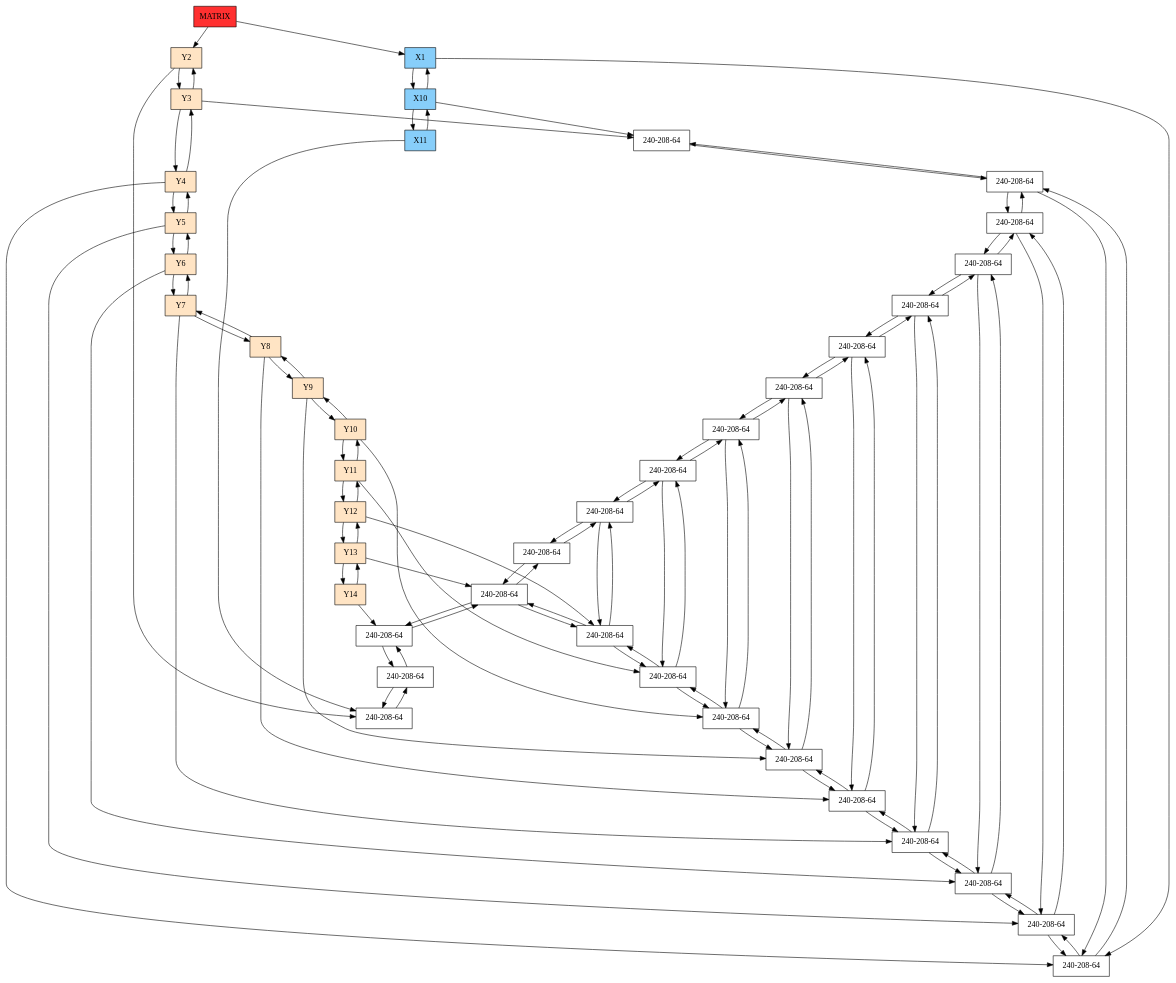
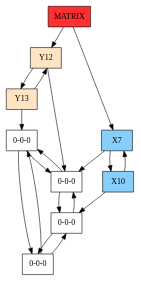
The diagram in DOT-Images/Dispersa4.dot (LuisRivera96/Proyecto1_EDD_USAC), drawn with Graphviz before and after one commit. The commit also changed 22 other files, not shown here.

```diff
--- a/DOT-Images/Dispersa4.dot
+++ b/DOT-Images/Dispersa4.dot
@@ -1,109 +1,25 @@
 digraph DISPERSA{
 node[shape=box];
 graph[nodesep = 0.5];
 header[label="MATRIX" style=filled, fillcolor=firebrick1, pos="0,0!"];
-Y2[label="Y2"  style = filled, fillcolor = bisque1, pos="0,-2!"];
-Y3[label="Y3"  style = filled, fillcolor = bisque1, pos="0,-3!"];
-Y4[label="Y4"  style = filled, fillcolor = bisque1, pos="0,-4!"];
-Y5[label="Y5"  style = filled, fillcolor = bisque1, pos="0,-5!"];
-Y6[label="Y6"  style = filled, fillcolor = bisque1, pos="0,-6!"];
-Y7[label="Y7"  style = filled, fillcolor = bisque1, pos="0,-7!"];
-Y8[label="Y8"  style = filled, fillcolor = bisque1, pos="0,-8!"];
-Y9[label="Y9"  style = filled, fillcolor = bisque1, pos="0,-9!"];
-Y10[label="Y10"  style = filled, fillcolor = bisque1, pos="0,-10!"];
-Y11[label="Y11"  style = filled, fillcolor = bisque1, pos="0,-11!"];
 Y12[label="Y12"  style = filled, fillcolor = bisque1, pos="0,-12!"];
 Y13[label="Y13"  style = filled, fillcolor = bisque1, pos="0,-13!"];
-Y14[label="Y14"  style = filled, fillcolor = bisque1, pos="0,-14!"];
-X1[label="X1" style=filled, fillcolor=lightskyblue, pos="1,0!"];
+X7[label="X7" style=filled, fillcolor=lightskyblue, pos="7,0!"];
 X10[label="X10" style=filled, fillcolor=lightskyblue, pos="10,0!"];
-X11[label="X11" style=filled, fillcolor=lightskyblue, pos="11,0!"];
-header ->Y2;
-header ->X1;
-Y2 -> Y3 -> Y2;
-Y3 -> Y4 -> Y3;
-Y4 -> Y5 -> Y4;
-Y5 -> Y6 -> Y5;
-Y6 -> Y7 -> Y6;
-Y7 -> Y8 -> Y7;
-Y8 -> Y9 -> Y8;
-Y9 -> Y10 -> Y9;
-Y10 -> Y11 -> Y10;
-Y11 -> Y12 -> Y11;
+header ->Y12;
+header ->X7;
 Y12 -> Y13 -> Y12;
-Y13 -> Y14 -> Y13;
-X1 -> X10 -> X1;
-X10 -> X11 -> X10;
-X11Y2[label="240-208-64" pos="11,-2!"];
-X10Y3[label="240-208-64" pos="10,-3!"];
-X1Y4[label="240-208-64" pos="1,-4!"];
-X10Y4[label="240-208-64" pos="10,-4!"];
-X1Y5[label="240-208-64" pos="1,-5!"];
-X10Y5[label="240-208-64" pos="10,-5!"];
-X1Y6[label="240-208-64" pos="1,-6!"];
-X10Y6[label="240-208-64" pos="10,-6!"];
-X1Y7[label="240-208-64" pos="1,-7!"];
-X10Y7[label="240-208-64" pos="10,-7!"];
-X1Y8[label="240-208-64" pos="1,-8!"];
-X10Y8[label="240-208-64" pos="10,-8!"];
-X1Y9[label="240-208-64" pos="1,-9!"];
-X10Y9[label="240-208-64" pos="10,-9!"];
-X1Y10[label="240-208-64" pos="1,-10!"];
-X10Y10[label="240-208-64" pos="10,-10!"];
-X1Y11[label="240-208-64" pos="1,-11!"];
-X10Y11[label="240-208-64" pos="10,-11!"];
-X1Y12[label="240-208-64" pos="1,-12!"];
-X10Y12[label="240-208-64" pos="10,-12!"];
-X1Y13[label="240-208-64" pos="1,-13!"];
-X10Y13[label="240-208-64" pos="10,-13!"];
-X1Y14[label="240-208-64" pos="1,-14!"];
-X11Y14[label="240-208-64" pos="11,-14!"];
-Y2 -> X11Y2;
-X1 -> X1Y4;
-X10 -> X10Y3;
-X11 -> X11Y2;
-X11Y2 -> X11Y14 -> X11Y2;
-Y3 -> X10Y3;
-X10Y3 -> X10Y4 -> X10Y3;
-Y4 -> X1Y4;
-X1Y4 -> X10Y4 -> X1Y4;
-X1Y4 -> X1Y5 -> X1Y4;
-X10Y4 -> X10Y5 -> X10Y4;
-Y5 -> X1Y5;
-X1Y5 -> X10Y5 -> X1Y5;
-X1Y5 -> X1Y6 -> X1Y5;
-X10Y5 -> X10Y6 -> X10Y5;
-Y6 -> X1Y6;
-X1Y6 -> X10Y6 -> X1Y6;
-X1Y6 -> X1Y7 -> X1Y6;
-X10Y6 -> X10Y7 -> X10Y6;
-Y7 -> X1Y7;
-X1Y7 -> X10Y7 -> X1Y7;
-X1Y7 -> X1Y8 -> X1Y7;
-X10Y7 -> X10Y8 -> X10Y7;
-Y8 -> X1Y8;
-X1Y8 -> X10Y8 -> X1Y8;
-X1Y8 -> X1Y9 -> X1Y8;
-X10Y8 -> X10Y9 -> X10Y8;
-Y9 -> X1Y9;
-X1Y9 -> X10Y9 -> X1Y9;
-X1Y9 -> X1Y10 -> X1Y9;
-X10Y9 -> X10Y10 -> X10Y9;
-Y10 -> X1Y10;
-X1Y10 -> X10Y10 -> X1Y10;
-X1Y10 -> X1Y11 -> X1Y10;
-X10Y10 -> X10Y11 -> X10Y10;
-Y11 -> X1Y11;
-X1Y11 -> X10Y11 -> X1Y11;
-X1Y11 -> X1Y12 -> X1Y11;
-X10Y11 -> X10Y12 -> X10Y11;
-Y12 -> X1Y12;
-X1Y12 -> X10Y12 -> X1Y12;
-X1Y12 -> X1Y13 -> X1Y12;
+X7 -> X10 -> X7;
+X7Y12[label="0-0-0" pos="7,-12!"];
+X10Y12[label="0-0-0" pos="10,-12!"];
+X7Y13[label="0-0-0" pos="7,-13!"];
+X10Y13[label="0-0-0" pos="10,-13!"];
+Y12 -> X7Y12;
+X7 -> X7Y12;
+X10 -> X10Y12;
+X7Y12 -> X10Y12 -> X7Y12;
+X7Y12 -> X7Y13 -> X7Y12;
 X10Y12 -> X10Y13 -> X10Y12;
-Y13 -> X1Y13;
-X1Y13 -> X10Y13 -> X1Y13;
-X1Y13 -> X1Y14 -> X1Y13;
-Y14 -> X1Y14;
-X1Y14 -> X11Y14 -> X1Y14;
+Y13 -> X7Y13;
+X7Y13 -> X10Y13 -> X7Y13;
 }
```
